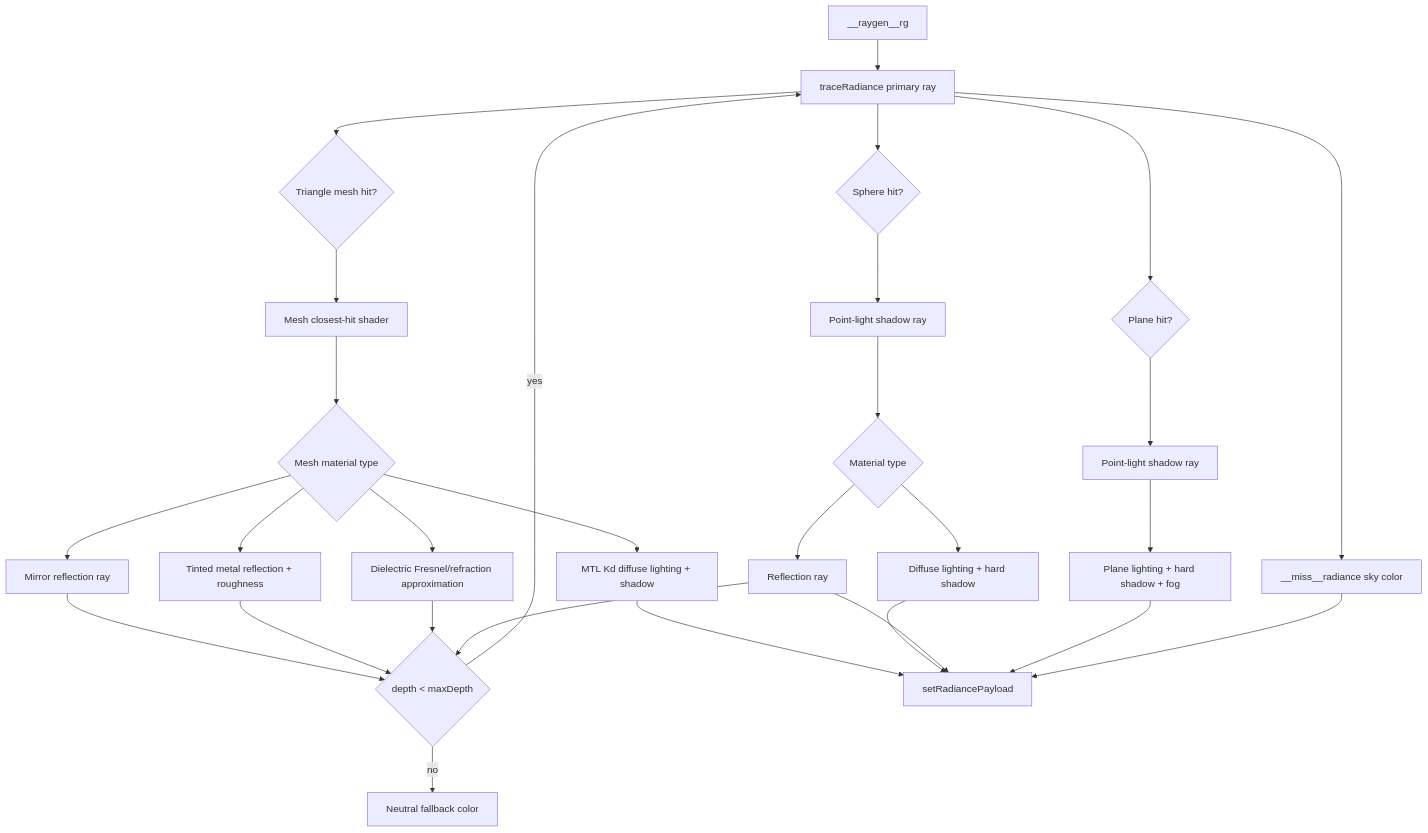
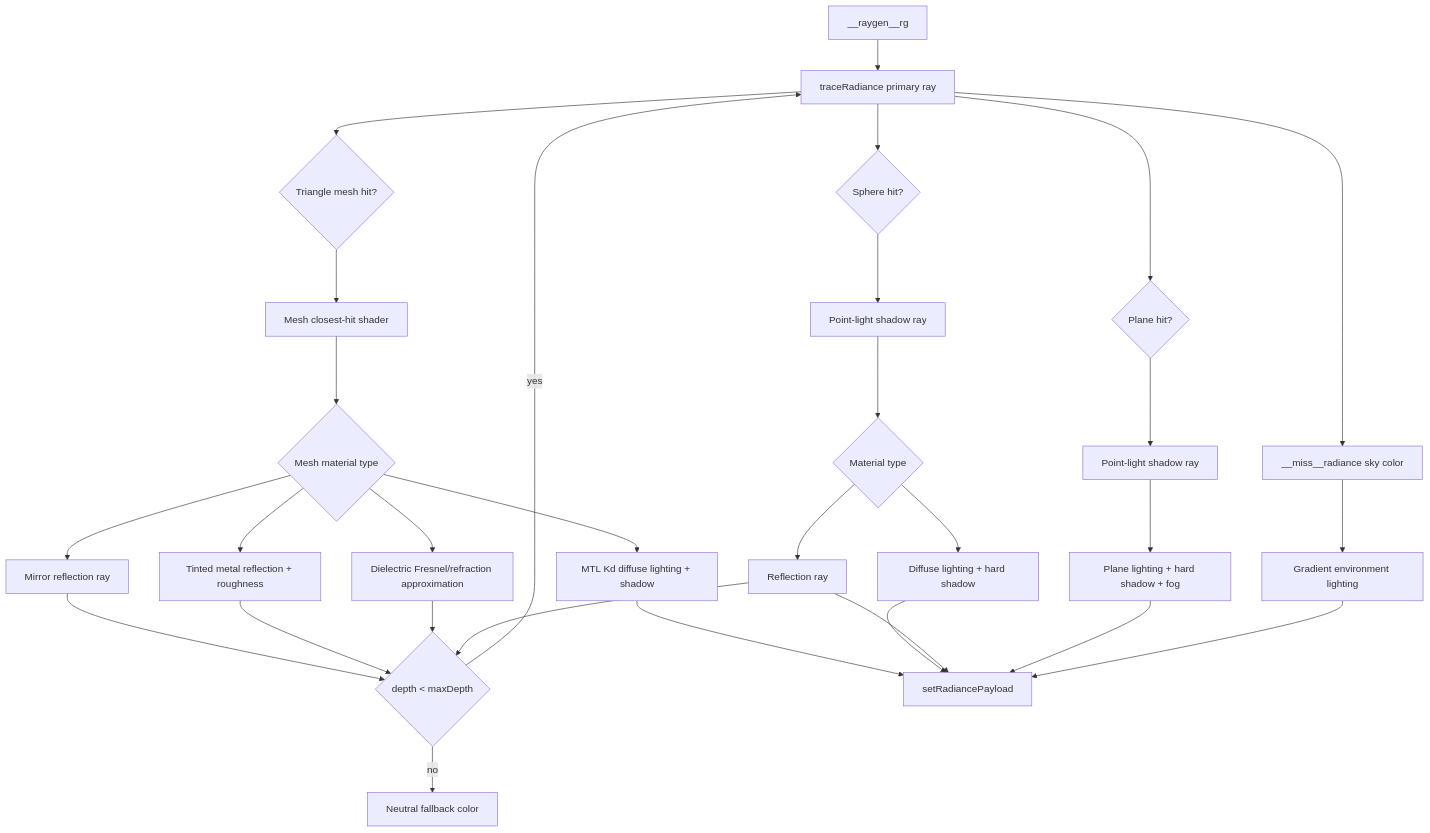
One commit to Tundraws/RayTracer changed the third of 4 diagrams in RayTracerRTX/docs/architecture.md. Above: the diagram before and after it, drawn with Mermaid. The commit also changed other lines of this file and 7 other files, not shown here.

Commit message:
feat: add tone mapping and environment lighting

````diff
--- a/RayTracerRTX/docs/architecture.md
+++ b/RayTracerRTX/docs/architecture.md
@@ -66,31 +68,32 @@
 ```mermaid
 flowchart TD
     RG["__raygen__rg"] --> Primary["traceRadiance primary ray"]
     Primary --> HitSphere{"Sphere hit?"}
     Primary --> HitMesh{"Triangle mesh hit?"}
     Primary --> HitPlane{"Plane hit?"}
     Primary --> Miss["__miss__radiance sky color"]
+    Miss --> Environment["Gradient environment lighting"]
     HitSphere --> Shadow["Point-light shadow ray"]
     HitMesh --> MeshClosestHit["Mesh closest-hit shader"]
     MeshClosestHit --> MeshMaterial{"Mesh material type"}
     MeshMaterial --> MeshDiffuse["MTL Kd diffuse lighting + shadow"]
     MeshMaterial --> MeshMirror["Mirror reflection ray"]
     MeshMaterial --> MeshMetal["Tinted metal reflection + roughness"]
     MeshMaterial --> MeshGlass["Dielectric Fresnel/refraction approximation"]
     MeshMirror --> Depth
     MeshMetal --> Depth
     MeshGlass --> Depth
     MeshDiffuse --> Output
     Shadow --> Material{"Material type"}
     Material --> Diffuse["Diffuse lighting + hard shadow"]
     Material --> Mirror["Reflection ray"]
     Mirror --> Depth{"depth < maxDepth"}
     Depth -->|yes| Primary
     Depth -->|no| Fallback["Neutral fallback color"]
     HitPlane --> PlaneShadow["Point-light shadow ray"]
     PlaneShadow --> PlaneLight["Plane lighting + hard shadow + fog"]
     Diffuse --> Output["setRadiancePayload"]
     Mirror --> Output
     PlaneLight --> Output
-    Miss --> Output
+    Environment --> Output
 ```
````
